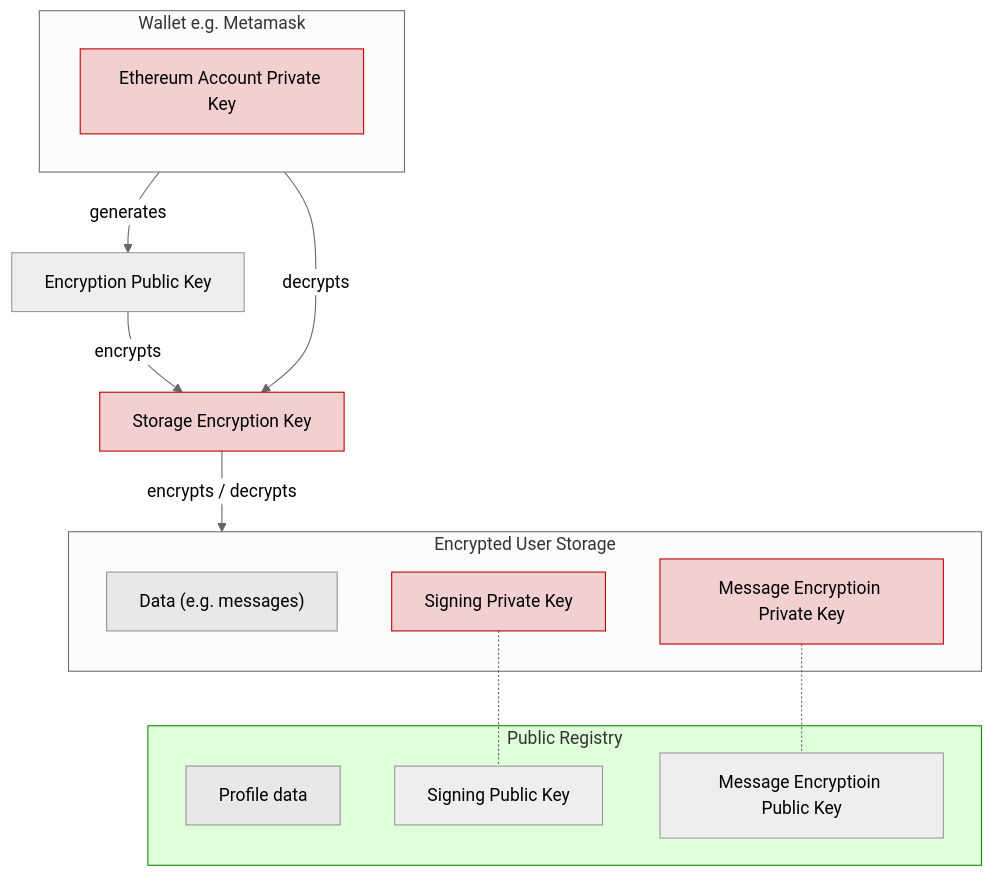
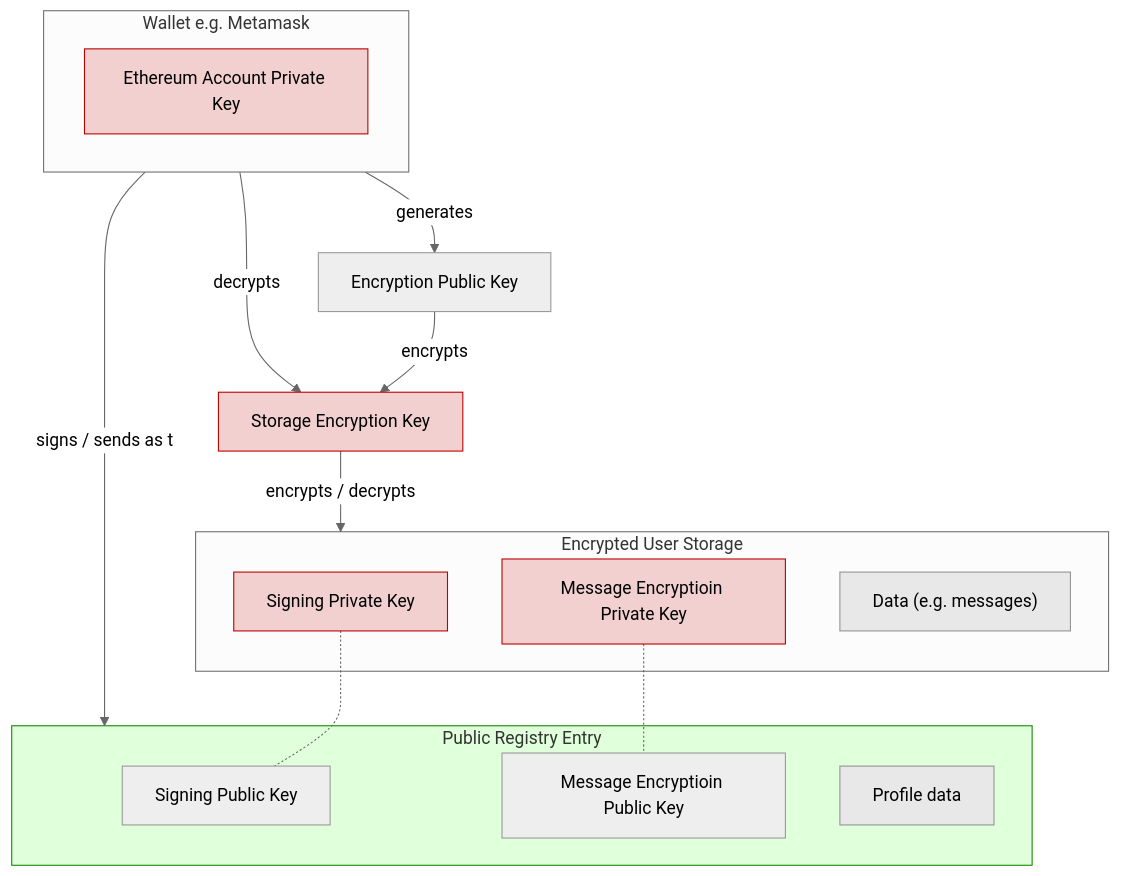
Before and after one commit to dm3-org/dm3: the first of 5 diagrams in README.md, drawn with Mermaid (neutral theme). The commit also changed 2 other files, not shown here.

Commit message:
fix: improve unsynced info

````diff
--- a/README.md
+++ b/README.md
@@ -23,28 +23,31 @@
 ```mermaid
 flowchart TD
 
 subgraph w[Wallet e.g. Metamask]
     
     ea[Ethereum Account Private Key]:::pk
     
    end
    w-- generates -->
   epk[Encryption Public Key]-- encrypts -->sek[Storage Encryption Key]:::pk
   sek-- encrypts / decrypts -->us
 
   w -- decrypts --> sek
   subgraph us[Encrypted User Storage]
-    d["Data (e.g. messages)"]:::data
+    
     sk[Signing Private Key]:::pk
     mek[Message Encryptioin Private Key]:::pk
+    d["Data (e.g. messages)"]:::data
    end
-   subgraph r[Public Registry]
-    pd[Profile data]:::data
+   subgraph r[Public Registry Entry]
+    
     sk-.-pubSK[Signing Public Key]
     mek-.-pubMEK[Message Encryptioin Public Key]
+    pd[Profile data]:::data
    end
+   w-- signs / sends as tx-->r
    style r fill:#e0ffdb,stroke:#128c00
    classDef pk fill:#f2d0d0,stroke:#bc0000;
    classDef data fill:#e8e8e8,stroke:#939393;
    classDef reg fill:#e8e8e8,stroke:#939393;
 ```
````
